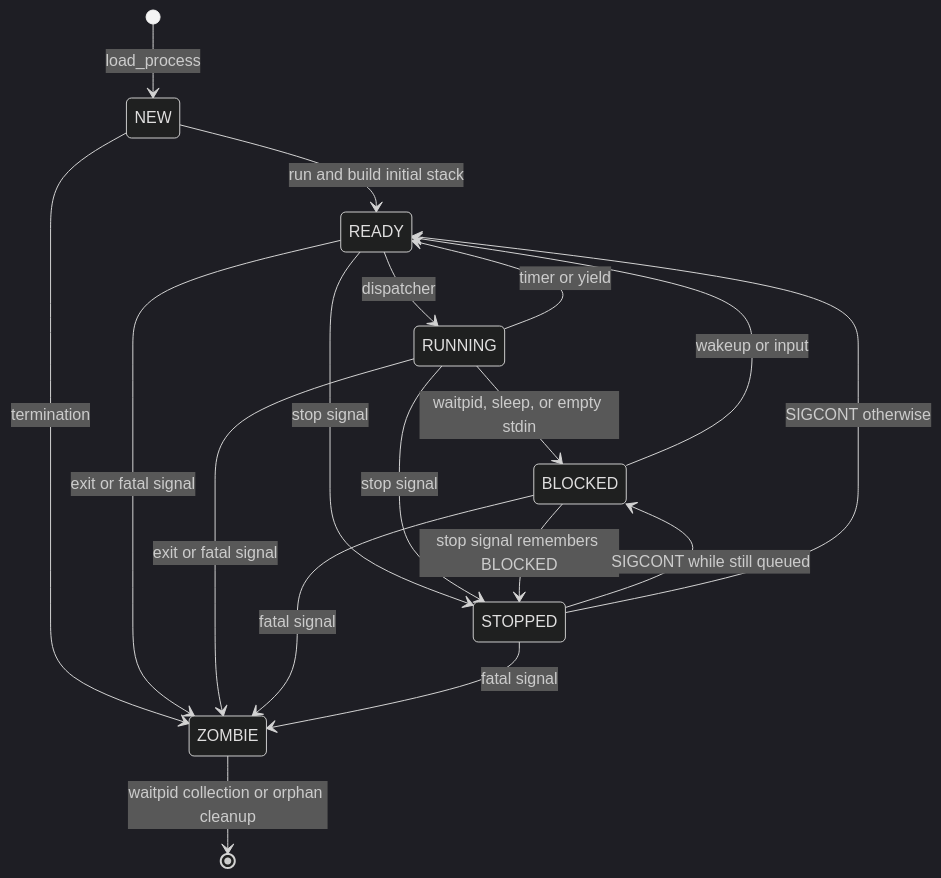
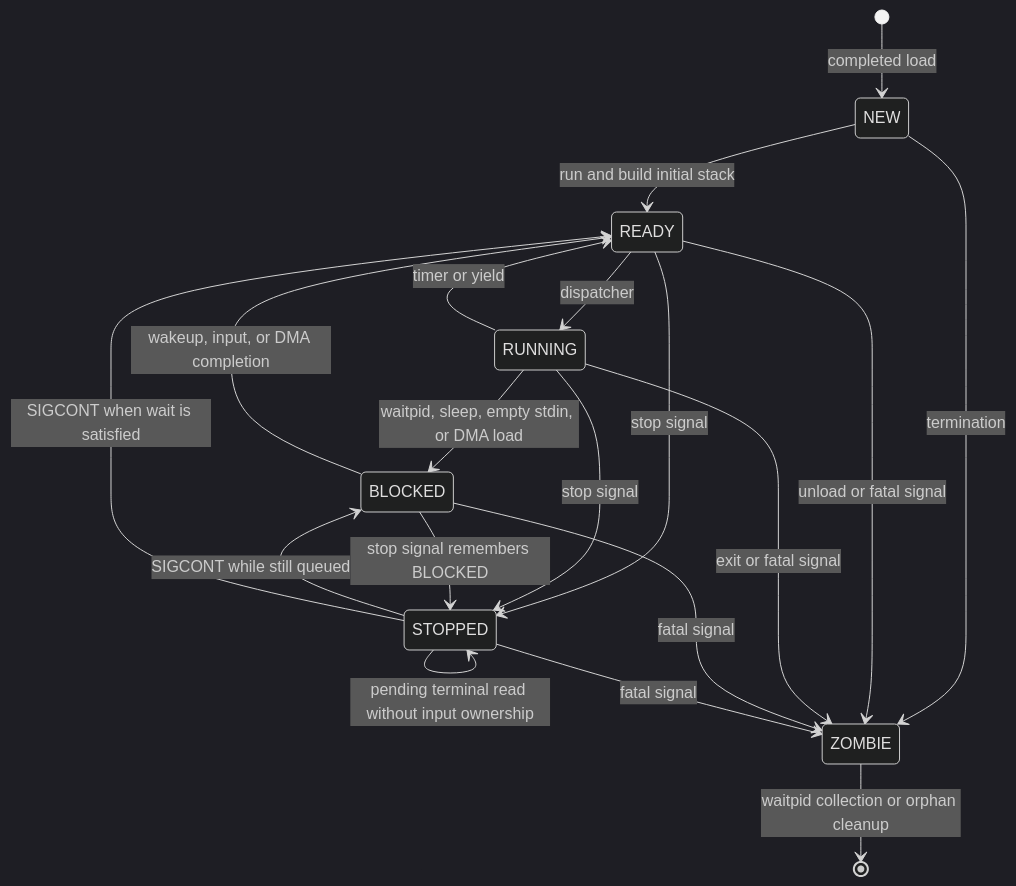
Diagram 11 of 30 in README.md (matthejue/Pico-OS), drawn with Mermaid (dark theme) before and after one commit. The commit also changed other lines of this file, not shown here.

Commit message:
updated README with clearer explanations, diagrams, and source links

````diff
--- a/README.md
+++ b/README.md
@@ -1751,20 +1860,21 @@
 ```mermaid
 stateDiagram-v2
-    [*] --> NEW: load_process
+    [*] --> NEW: completed load
     NEW --> READY: run and build initial stack
     READY --> RUNNING: dispatcher
     RUNNING --> READY: timer or yield
-    RUNNING --> BLOCKED: waitpid, sleep, or empty stdin
-    BLOCKED --> READY: wakeup or input
+    RUNNING --> BLOCKED: waitpid, sleep, empty stdin, or DMA load
+    BLOCKED --> READY: wakeup, input, or DMA completion
     READY --> STOPPED: stop signal
     RUNNING --> STOPPED: stop signal
     BLOCKED --> STOPPED: stop signal remembers BLOCKED
     STOPPED --> BLOCKED: SIGCONT while still queued
-    STOPPED --> READY: SIGCONT otherwise
+    STOPPED --> READY: SIGCONT when wait is satisfied
+    STOPPED --> STOPPED: pending terminal read without input ownership
     NEW --> ZOMBIE: termination
-    READY --> ZOMBIE: exit or fatal signal
+    READY --> ZOMBIE: unload or fatal signal
     RUNNING --> ZOMBIE: exit or fatal signal
     BLOCKED --> ZOMBIE: fatal signal
     STOPPED --> ZOMBIE: fatal signal
     ZOMBIE --> [*]: waitpid collection or orphan cleanup
 ```
````
